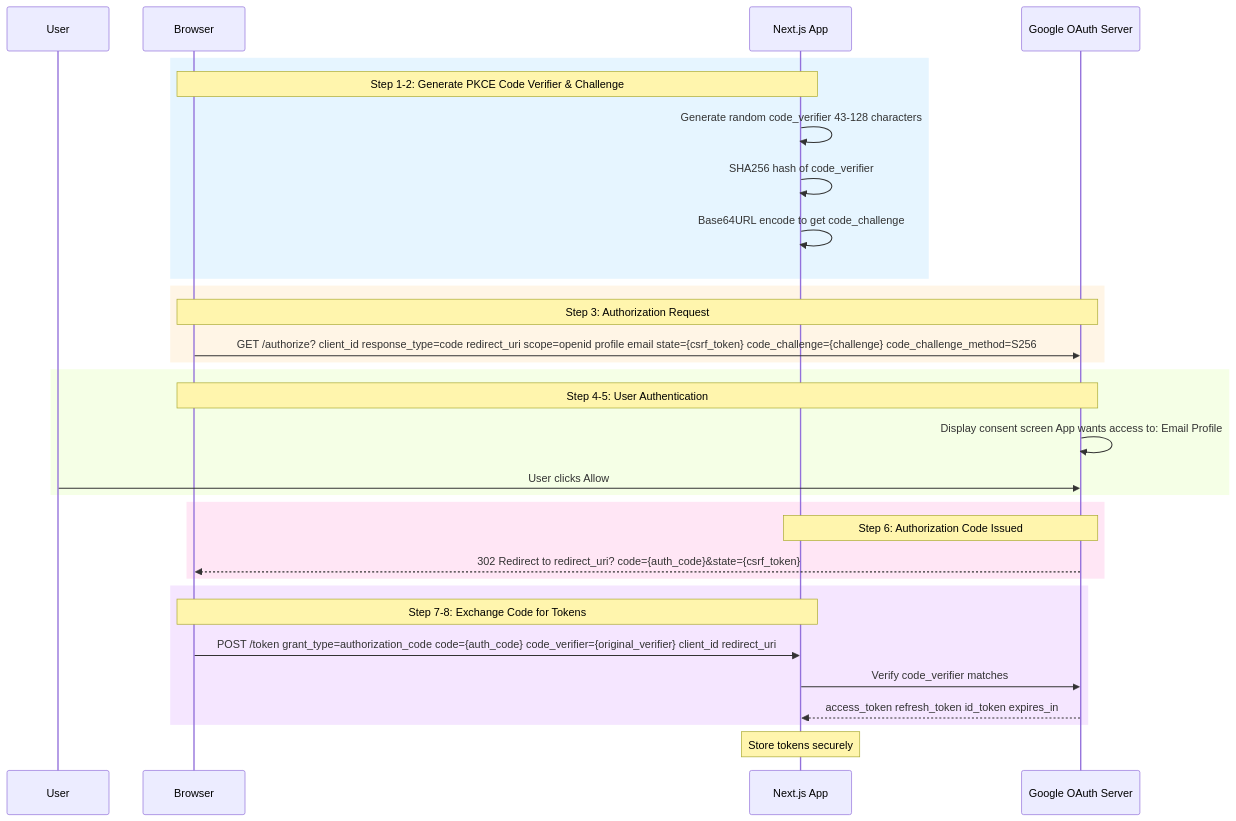
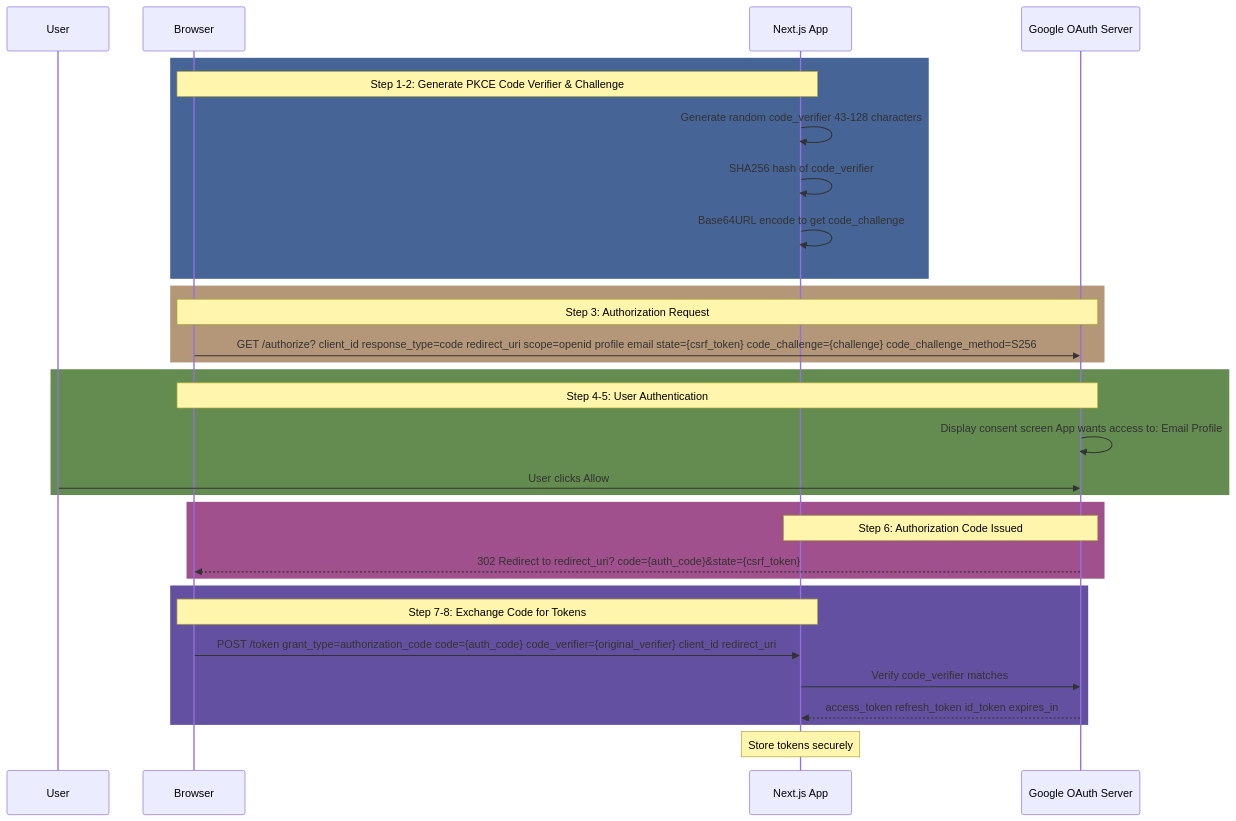
Before and after one commit to PKPL-Pusing-Kurang-Paham-Lurr/tk-2: the third of 20 diagrams in README.md, drawn with Mermaid. The commit also changed other lines of this file and 23 other files, not shown here.

````diff
--- a/README.md
+++ b/README.md
@@ -184,39 +184,39 @@
 ```mermaid
 sequenceDiagram
     participant U as User
     participant B as Browser
     participant N as Next.js App
     participant G as Google OAuth Server
 
-    rect rgb(230, 245, 255)
+    rect rgb(70, 100, 150)
         Note over B,N: Step 1-2: Generate PKCE Code Verifier & Challenge
         N->>N: Generate random code_verifier 43-128 characters
         N->>N: SHA256 hash of code_verifier
         N->>N: Base64URL encode to get code_challenge
     end
 
-    rect rgb(255, 245, 230)
+    rect rgb(180, 150, 120)
         Note over B,G: Step 3: Authorization Request
         B->>G: GET /authorize? client_id response_type=code redirect_uri scope=openid profile email state={csrf_token} code_challenge={challenge} code_challenge_method=S256
     end
 
-    rect rgb(245, 255, 230)
+    rect rgb(100, 140, 80)
         Note over G,B: Step 4-5: User Authentication
         G->>G: Display consent screen App wants access to: Email Profile
         U->>G: User clicks Allow
     end
 
-    rect rgb(255, 230, 245)
+    rect rgb(160, 80, 140)
         Note over G,N: Step 6: Authorization Code Issued
         G-->>B: 302 Redirect to redirect_uri? code={auth_code}&state={csrf_token}
     end
 
-    rect rgb(245, 230, 255)
+    rect rgb(100, 80, 160)
         Note over B,N: Step 7-8: Exchange Code for Tokens
         B->>N: POST /token grant_type=authorization_code code={auth_code} code_verifier={original_verifier} client_id redirect_uri
         N->>G: Verify code_verifier matches
         G-->>N: access_token refresh_token id_token expires_in
     end
 
     Note over N: Store tokens securely
 ```
````
